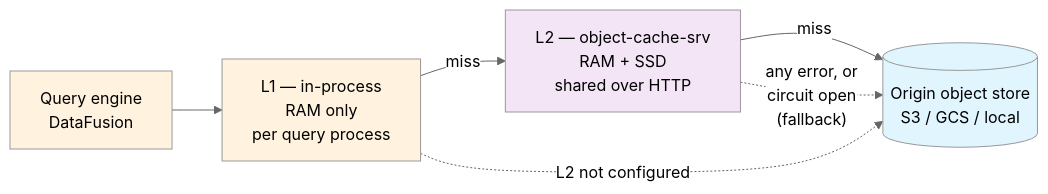
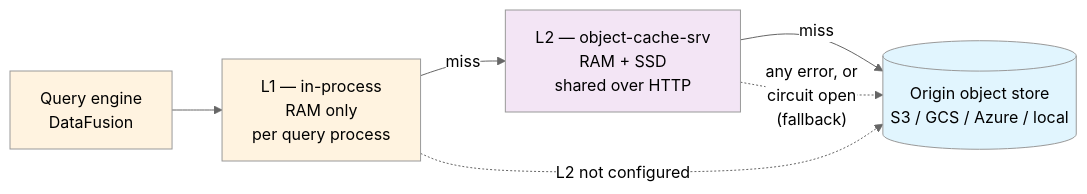
Before and after one commit to madesroches/micromegas: the diagram in mkdocs/docs/architecture/caching.md, drawn with Mermaid (neutral theme). The commit also changed other lines of this file and 31 other files, not shown here.

````diff
--- a/mkdocs/docs/architecture/caching.md
+++ b/mkdocs/docs/architecture/caching.md
@@ -19,20 +19,20 @@
 ```mermaid
 flowchart LR
     Q[Query engine<br/>DataFusion]
     L1["L1 — in-process<br/>RAM only<br/>per query process"]
     L2["L2 — object-cache-srv<br/>RAM + SSD<br/>shared over HTTP"]
-    Origin[("Origin object store<br/>S3 / GCS / local")]
+    Origin[("Origin object store<br/>S3 / GCS / Azure / local")]
 
     Q --> L1
     L1 -->|miss| L2
     L2 -->|miss| Origin
     L1 -.->|"L2 not configured"| Origin
     L2 -.->|"any error, or<br/>circuit open<br/>(fallback)"| Origin
 
     classDef proc fill:#fff3e0
     classDef svc fill:#f3e5f5
     classDef store fill:#e1f5fe
     class Q,L1 proc
     class L2 svc
     class Origin store
 ```
````
